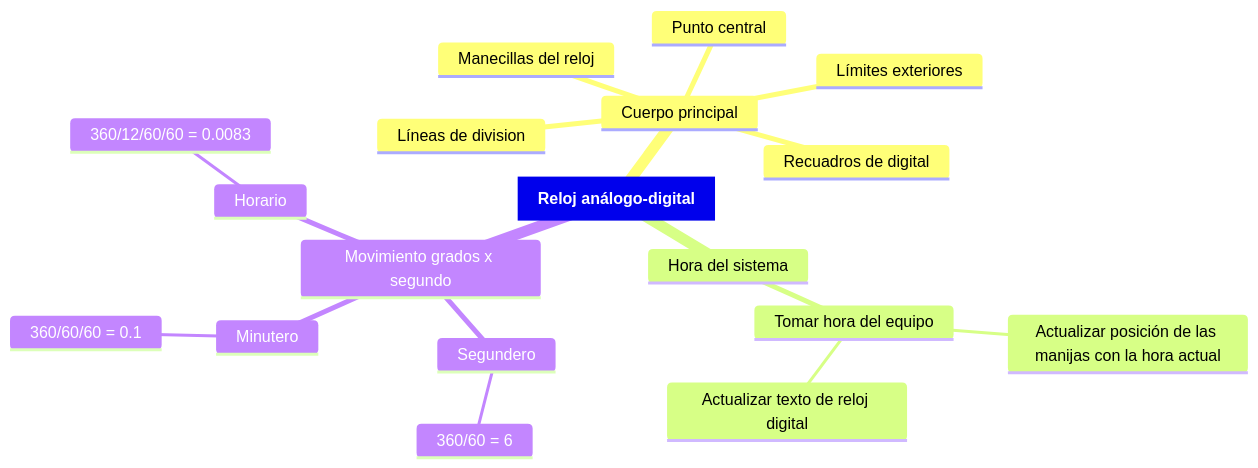
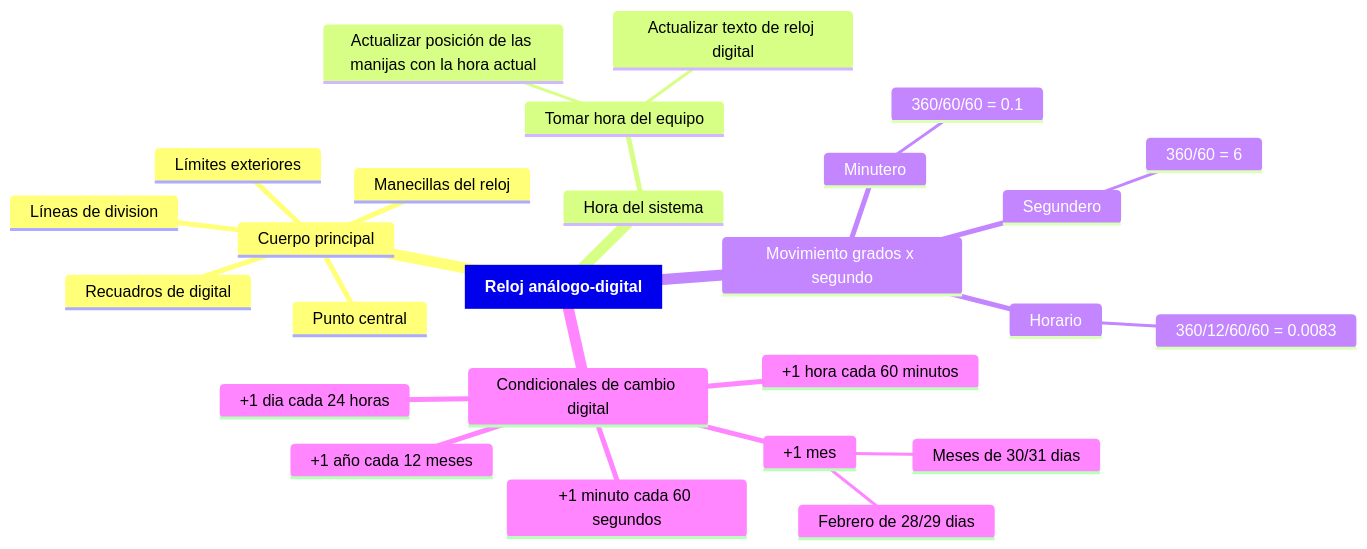
Before and after one commit to alejojimenezz/Academic-Projects: the diagram in CompGraf/Reloj/README.md, drawn with Mermaid. The commit also changed other lines of this file, not shown here.

````diff
--- a/CompGraf/Reloj/README.md
+++ b/CompGraf/Reloj/README.md
@@ -44,21 +48,29 @@
 ```mermaid
 mindmap
   Root [**Reloj análogo-digital**]
     Cuerpo principal
       Límites exteriores
       Punto central
       Manecillas del reloj
       Recuadros de digital
       Líneas de division
     Hora del sistema
       Tomar hora del equipo
         Actualizar posición de las manijas con la hora actual
         Actualizar texto de reloj digital
     Movimiento grados x segundo
       Segundero
         360/60 = 6
       Minutero
         360/60/60 = 0.1
       Horario
         360/12/60/60 = 0.0083
+    Condicionales de cambio digital
+      +1 minuto cada 60 segundos
+      +1 hora cada 60 minutos
+      +1 dia cada 24 horas
+      +1 mes
+        Meses de 30/31 dias
+        Febrero de 28/29 dias
+      +1 año cada 12 meses
 ```
````
